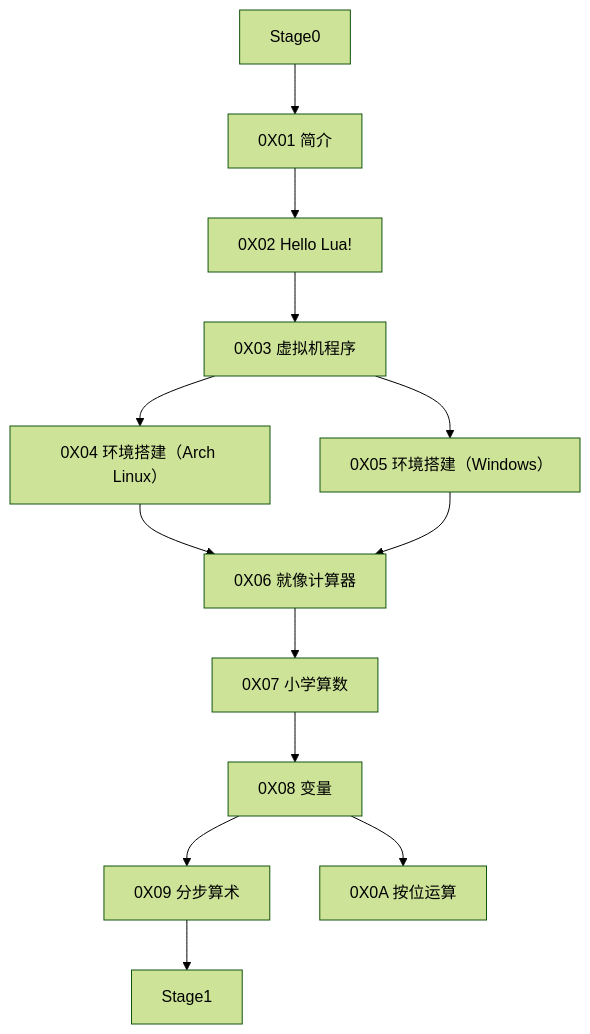
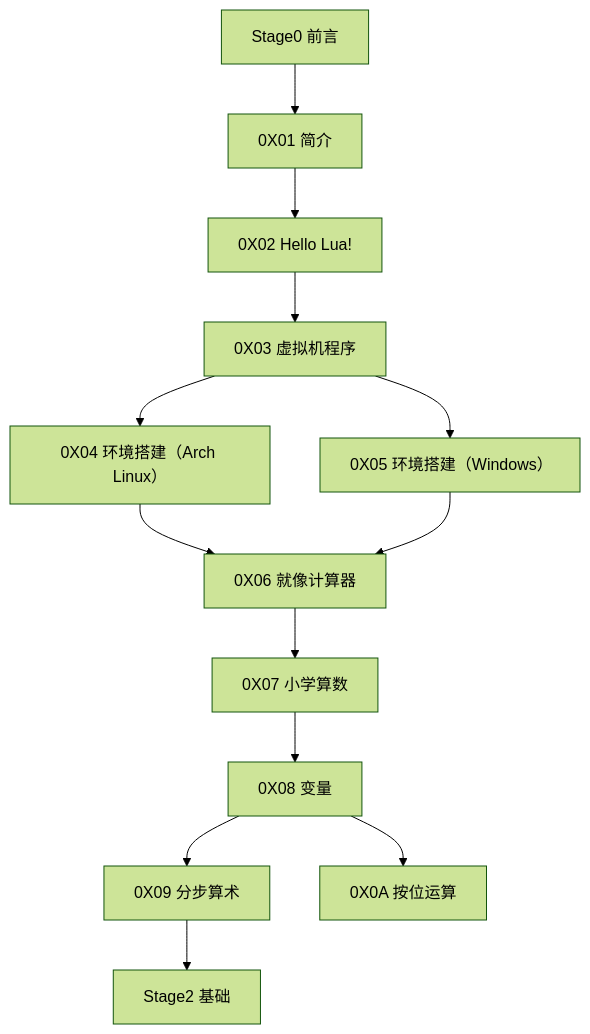
The third of 4 diagrams in 目录.md (ZhiZe-ZG/TXLuaLesson), drawn with Mermaid (forest theme) before and after one commit. The commit also changed other lines of this file and 19 other files, not shown here.

````diff
--- a/目录.md
+++ b/目录.md
@@ -38,28 +40,28 @@
 ```mermaid
 graph TD;
-    S0[Stage0]
-    S1[Stage1]
+    S0[Stage0 前言]
+    S2[Stage2 基础]
     C01[0X01 简介]
     C02[0X02 Hello Lua!]
     C03[0X03 虚拟机程序]
     C04[0X04 环境搭建（Arch Linux）]
     C05[0X05 环境搭建（Windows）]
     C06[0X06 就像计算器]
     C07[0X07 小学算数]
     C08[0X08 变量]
     C09[0X09 分步算术]
     C0A[0X0A 按位运算]
 
     S0-->C01
     C01-->C02
     C02-->C03
     C03-->C04
     C03-->C05
     C04-->C06
     C05-->C06
     C06-->C07
     C07-->C08
     C08-->C09
     C08-->C0A
-    C09-->S1
+    C09-->S2
 ```
````
